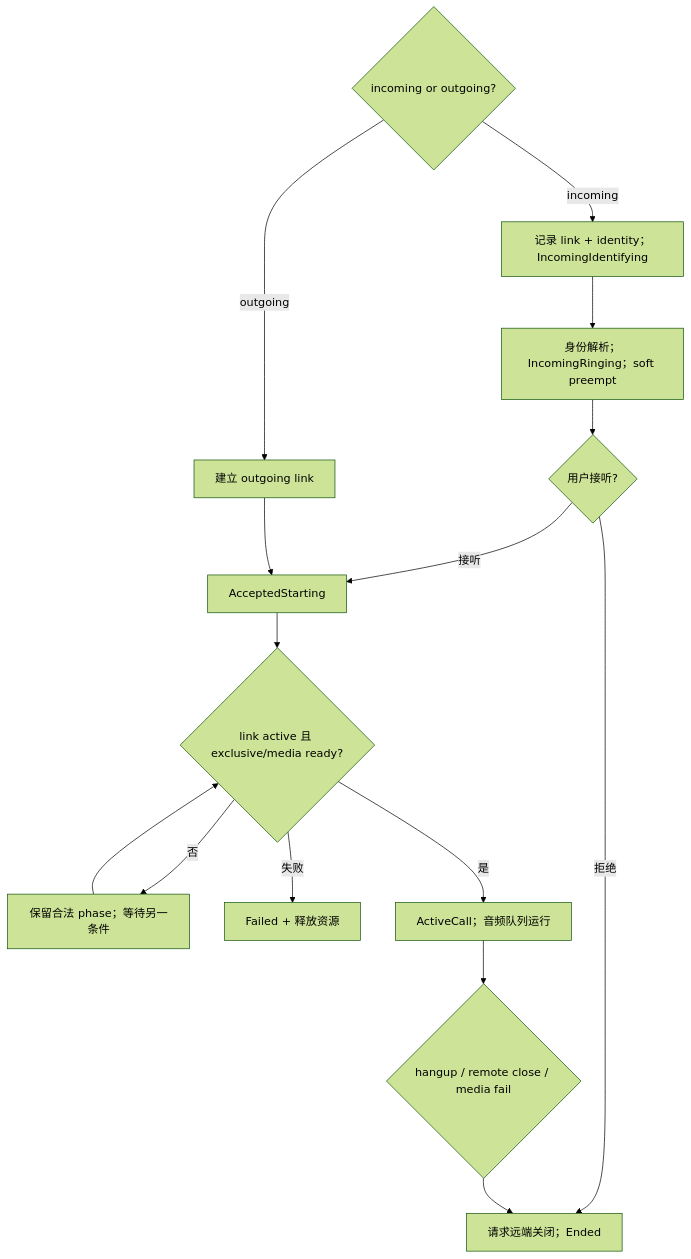
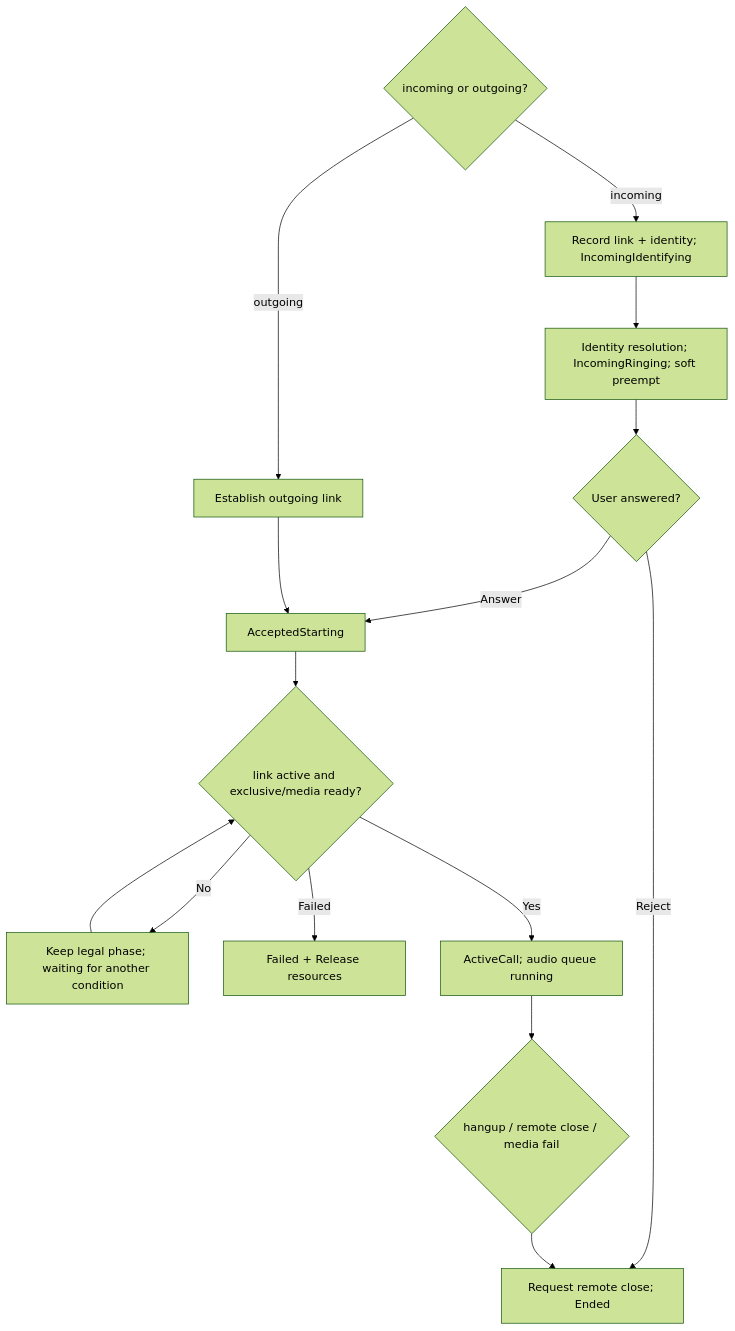
One commit to manmuqingshan/trail-mate changed the diagram in docs/design/use-case-diagrams/realtime-audio-call/activity.md. Above: the diagram before and after it, drawn with Mermaid (forest theme). The commit also changed other lines of this file and 527 other files, not shown here.

````diff
--- a/docs/design/use-case-diagrams/realtime-audio-call/activity.md
+++ b/docs/design/use-case-diagrams/realtime-audio-call/activity.md
@@ -3,18 +3,18 @@
 ```mermaid
 flowchart TD
   Start{"incoming or outgoing?"}
-  Start -- incoming --> Identify["记录 link + identity；IncomingIdentifying"]
-  Identify --> Ring["身份解析；IncomingRinging；soft preempt"]
-  Ring --> Choice{"用户接听?"}
-  Choice -- 拒绝 --> Close["请求远端关闭；Ended"]
-  Choice -- 接听 --> Accept["AcceptedStarting"]
-  Start -- outgoing --> Dial["建立 outgoing link"]
+ Start -- incoming --> Identify["Record link + identity; IncomingIdentifying"]
+ Identify --> Ring["Identity resolution; IncomingRinging; soft preempt"]
+ Ring --> Choice{"User answered?"}
+ Choice -- Reject --> Close["Request remote close; Ended"]
+ Choice -- Answer --> Accept["AcceptedStarting"]
+ Start -- outgoing --> Dial["Establish outgoing link"]
   Dial --> Accept
-  Accept --> Ready{"link active 且 exclusive/media ready?"}
-  Ready -- 否 --> Wait["保留合法 phase；等待另一条件"]
+ Accept --> Ready{"link active and exclusive/media ready?"}
+ Ready -- No --> Wait["Keep legal phase; waiting for another condition"]
   Wait --> Ready
-  Ready -- 失败 --> Failed["Failed + 释放资源"]
-  Ready -- 是 --> Active["ActiveCall；音频队列运行"]
+ Ready -- Failed --> Failed["Failed + Release resources"]
+ Ready -- Yes --> Active["ActiveCall; audio queue running"]
   Active --> End{"hangup / remote close / media fail"}
   End --> Close
 ```
````
